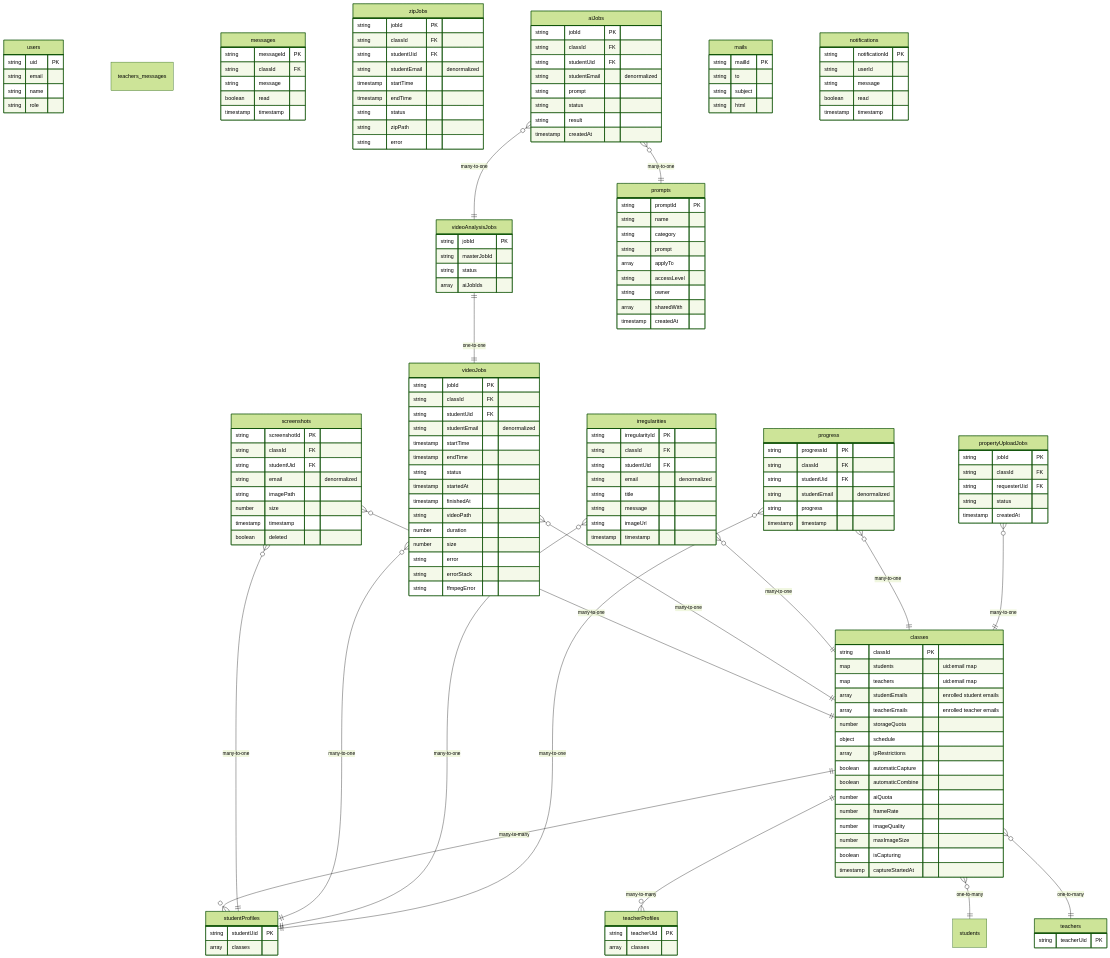
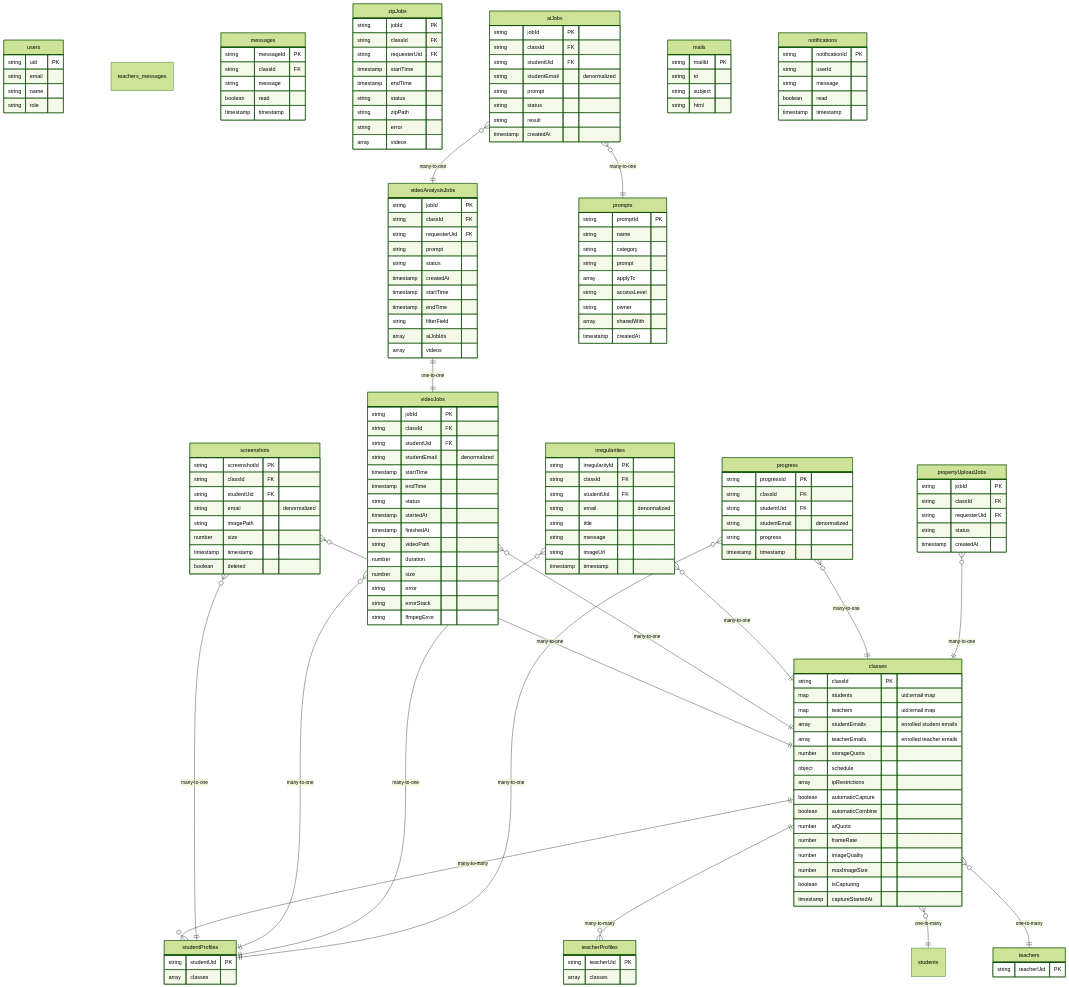
Before and after one commit to wongcyrus/Gemini-AI-Classroom-Assistant: the diagram in docs/firestore-schema.md, drawn with Mermaid (forest theme). The commit also changed other lines of this file and 3 other files, not shown here.

```diff
--- a/docs/firestore-schema.md
+++ b/docs/firestore-schema.md
@@ -86,20 +86,27 @@
     zipJobs {
         string jobId PK
         string classId FK
-        string studentUid FK
-        string studentEmail "denormalized"
+        string requesterUid FK
         timestamp startTime
         timestamp endTime
         string status
         string zipPath
         string error
+        array videos
     }
 
     videoAnalysisJobs {
         string jobId PK
-        string masterJobId
+        string classId FK
+        string requesterUid FK
+        string prompt
         string status
+        timestamp createdAt
+        timestamp startTime
+        timestamp endTime
+        string filterField
         array aiJobIds
+        array videos
     }
 
 aiJobs {
```
